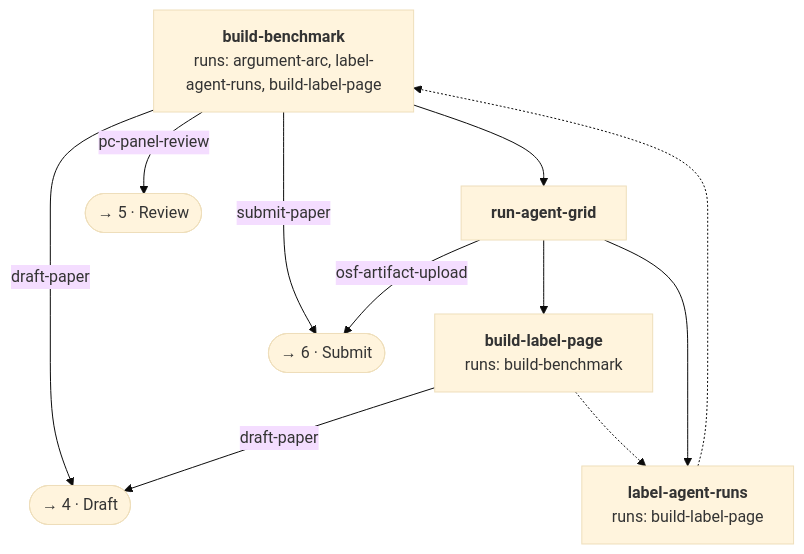
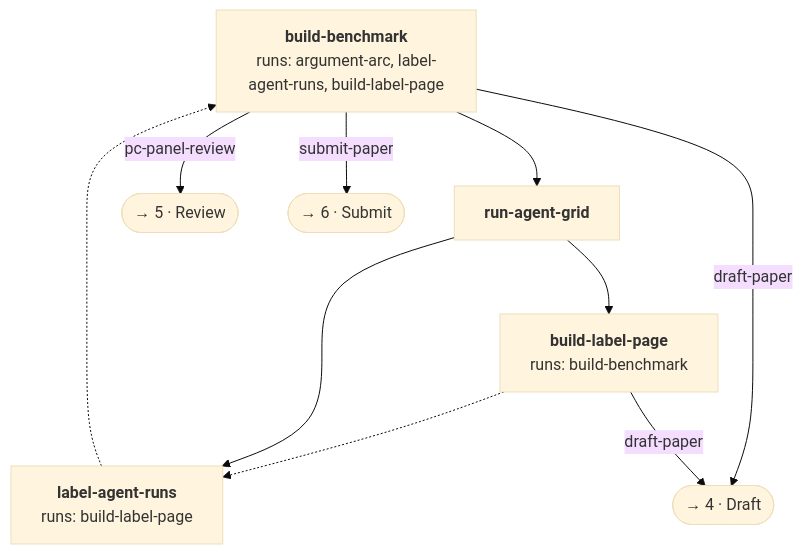
Before and after one commit to zernie/paperlint: the fourth of 9 diagrams in docs/pipeline.md, drawn with Mermaid (base theme). The commit also changed other lines of this file and 43 other files, not shown here.

````diff
--- a/docs/pipeline.md
+++ b/docs/pipeline.md
@@ -99,20 +99,19 @@
 ```mermaid
 flowchart TB
   build_benchmark["<b>build-benchmark</b><br/>runs: argument-arc, label-agent-runs, build-label-page"]
   build_label_page["<b>build-label-page</b><br/>runs: build-benchmark"]
   label_agent_runs["<b>label-agent-runs</b><br/>runs: build-label-page"]
   run_agent_grid["<b>run-agent-grid</b>"]
   build_benchmark --> run_agent_grid
   build_label_page -.-> label_agent_runs
   label_agent_runs -.-> build_benchmark
   run_agent_grid --> label_agent_runs
   run_agent_grid --> build_label_page
   to_stage_draft(["→ 4 · Draft"])
   to_stage_review(["→ 5 · Review"])
   to_stage_submit(["→ 6 · Submit"])
   build_benchmark -- "draft-paper" --> to_stage_draft
   build_benchmark -- "pc-panel-review" --> to_stage_review
   build_benchmark -- "submit-paper" --> to_stage_submit
   build_label_page -- "draft-paper" --> to_stage_draft
-  run_agent_grid -- "osf-artifact-upload" --> to_stage_submit
 ```
````
